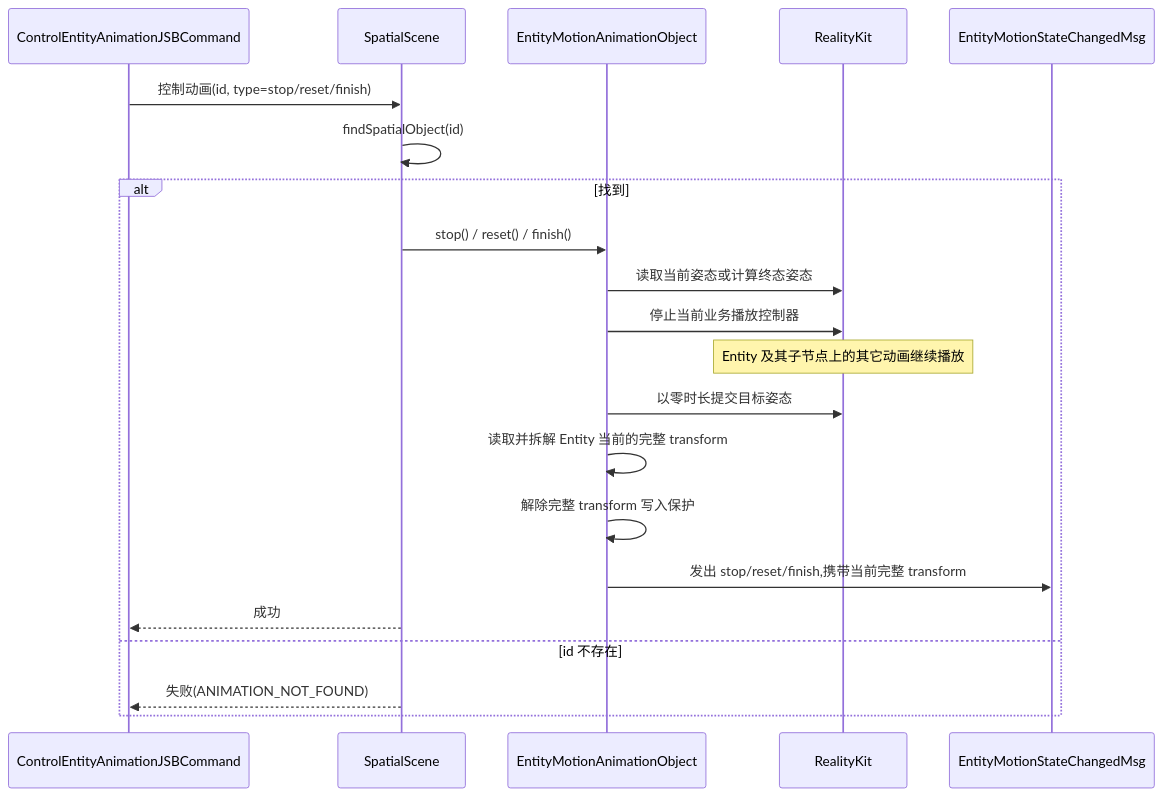
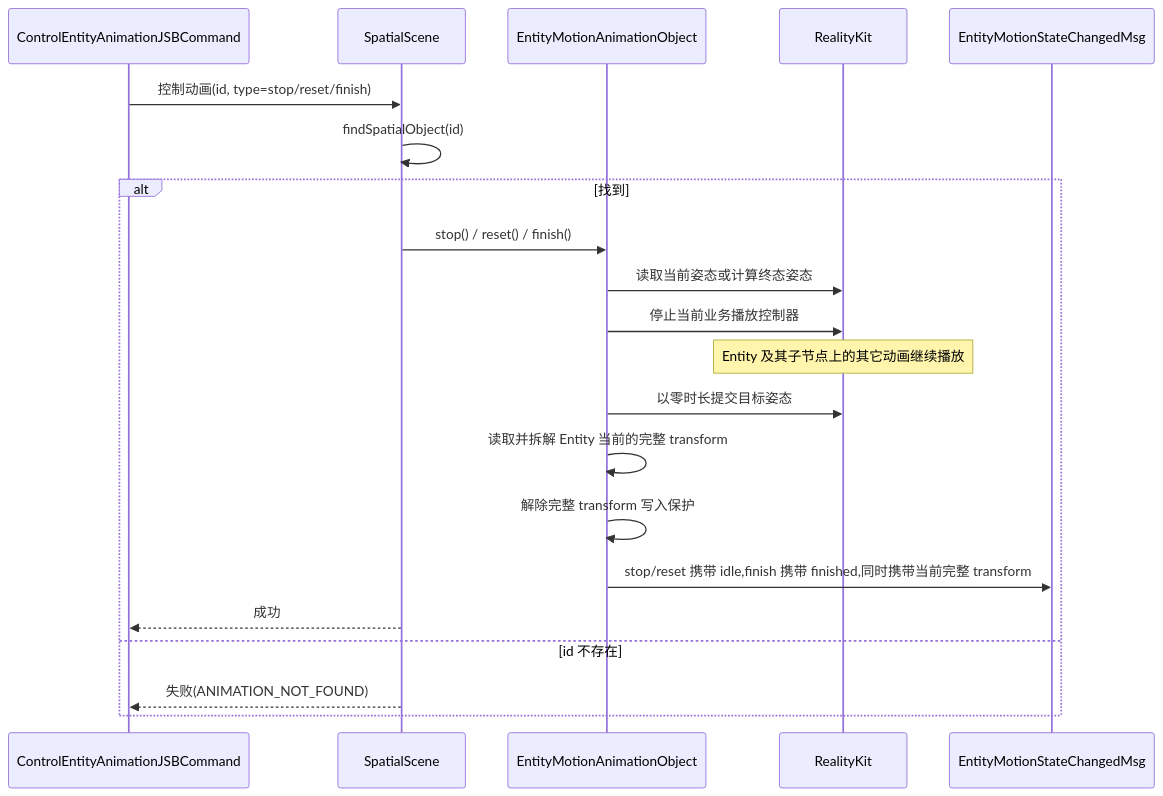
Before and after one commit to webspatial/webspatial-sdk: diagram 13 of 14 in openspec/changes/redesign-entity-motion-api/design.zh.md, drawn with Mermaid. The commit also changed other lines of this file and 33 other files, not shown here.

````diff
--- a/openspec/changes/redesign-entity-motion-api/design.zh.md
+++ b/openspec/changes/redesign-entity-motion-api/design.zh.md
@@ -1299,24 +1301,24 @@
 ```mermaid
 sequenceDiagram
     participant JSB as ControlEntityAnimationJSBCommand
     participant Scene as SpatialScene
     participant Obj as EntityMotionAnimationObject
     participant RK as RealityKit
     participant Event as EntityMotionStateChangedMsg
 
     JSB->>Scene: 控制动画(id, type=stop/reset/finish)
     Scene->>Scene: findSpatialObject(id)
     alt 找到
         Scene->>Obj: stop() / reset() / finish()
         Obj->>RK: 读取当前姿态或计算终态姿态
         Obj->>RK: 停止当前业务播放控制器
         Note over RK: Entity 及其子节点上的其它动画继续播放
         Obj->>RK: 以零时长提交目标姿态
         Obj->>Obj: 读取并拆解 Entity 当前的完整 transform
         Obj->>Obj: 解除完整 transform 写入保护
-        Obj->>Event: 发出 stop/reset/finish,携带当前完整 transform
+        Obj->>Event: stop/reset 携带 idle,finish 携带 finished,同时携带当前完整 transform
         Scene-->>JSB: 成功
     else id 不存在
         Scene-->>JSB: 失败(ANIMATION_NOT_FOUND)
     end
 ```
````
